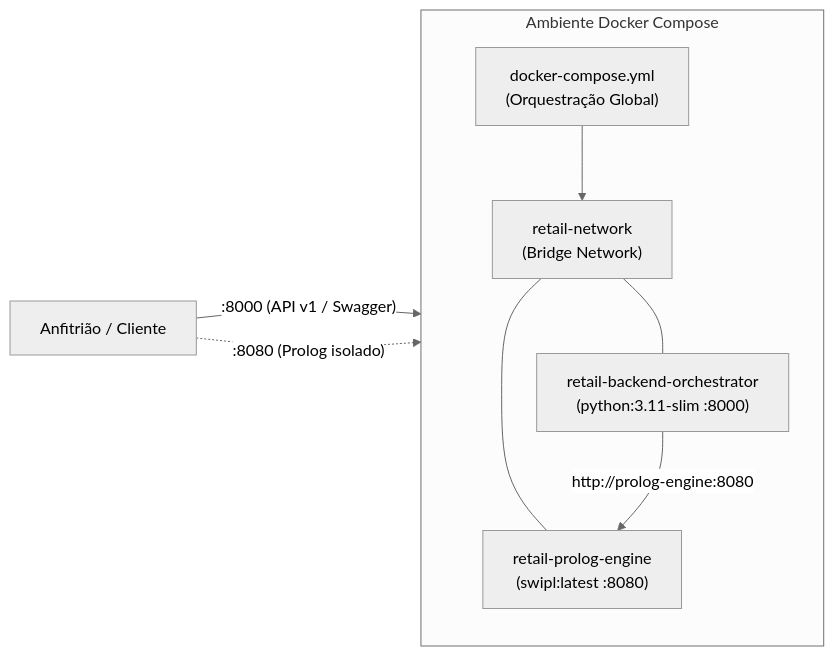
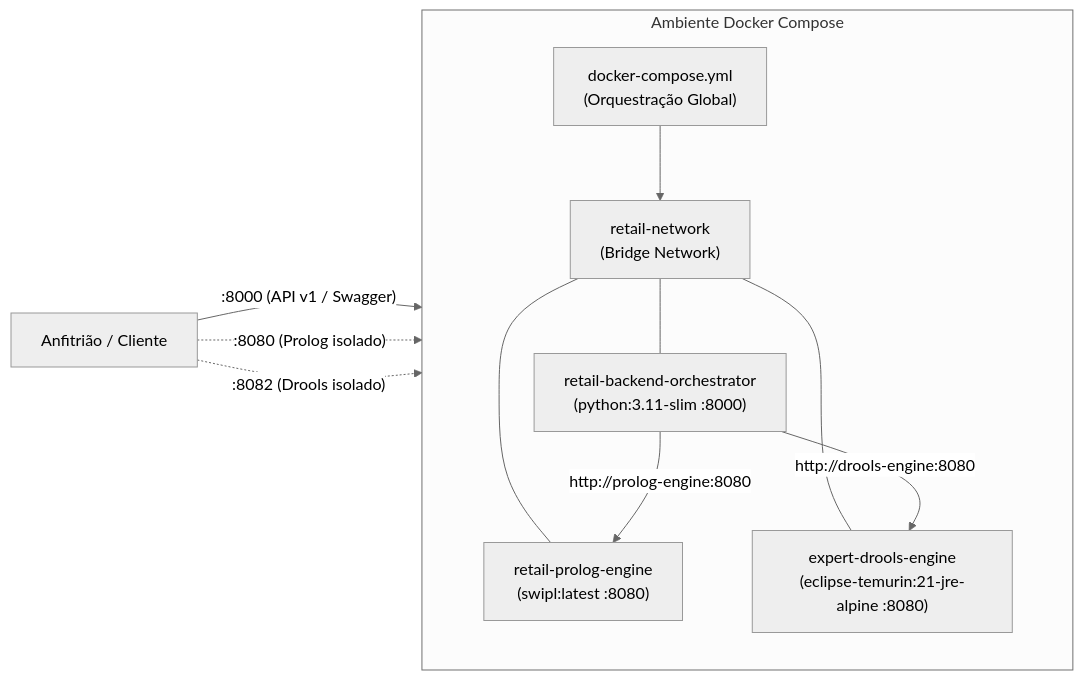
The diagram in docs/deployment/README.md (Santiago-1211173/meia-equipa3-challenge1-26_27), drawn with Mermaid (neutral theme) before and after one commit. The commit also changed other lines of this file and 23 other files, not shown here.

Commit message:
docs: add comprehensive documentation for architecture, API, deployment, and development guides

````diff
--- a/docs/deployment/README.md
+++ b/docs/deployment/README.md
@@ -12,19 +12,23 @@
 ```mermaid
 flowchart LR
     subgraph "Ambiente Docker Compose"
         direction TB
         DC["docker-compose.yml\n(Orquestração Global)"]
         Net["retail-network\n(Bridge Network)"]
         
         Prolog["retail-prolog-engine\n(swipl:latest :8080)"]
+        Drools["expert-drools-engine\n(eclipse-temurin:21-jre-alpine :8080)"]
         FastAPI["retail-backend-orchestrator\n(python:3.11-slim :8000)"]
         
         DC --> Net
         Net --- Prolog
+        Net --- Drools
         Net --- FastAPI
         FastAPI -->|"http://prolog-engine:8080"| Prolog
+        FastAPI -->|"http://drools-engine:8080"| Drools
     end
 
     Host["Anfitrião / Cliente"] -->|":8000 (API v1 / Swagger)"| FastAPI
     Host -.->|":8080 (Prolog isolado)"| Prolog
+    Host -.->|":8082 (Drools isolado)"| Drools
 ```
````
